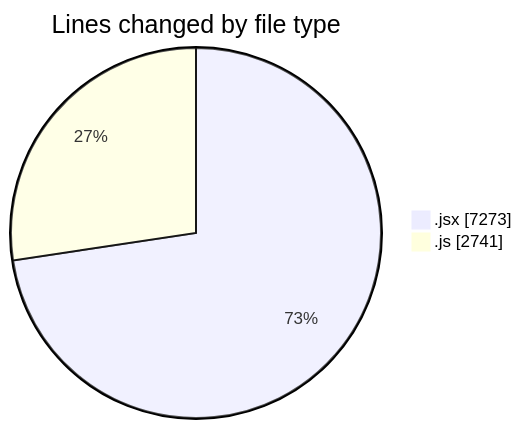
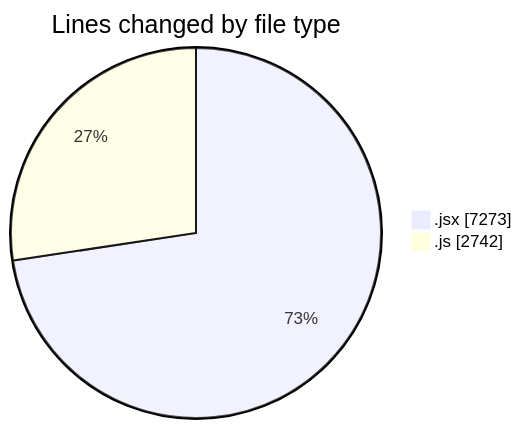
Before and after one commit to nxtqubesakshisongat/code-tracking: the first of 2 diagrams in 2025-12-11/nxtqube_webapp/README.md, drawn with Mermaid. The commit also changed other lines of this file and 1 other file, not shown here.

````diff
--- a/2025-12-11/nxtqube_webapp/README.md
+++ b/2025-12-11/nxtqube_webapp/README.md
@@ -33,6 +33,6 @@
 ```mermaid
 pie showData
 title Lines changed by file type
 ".jsx" : 7273
-".js" : 2741
+".js" : 2742
 ```
````
